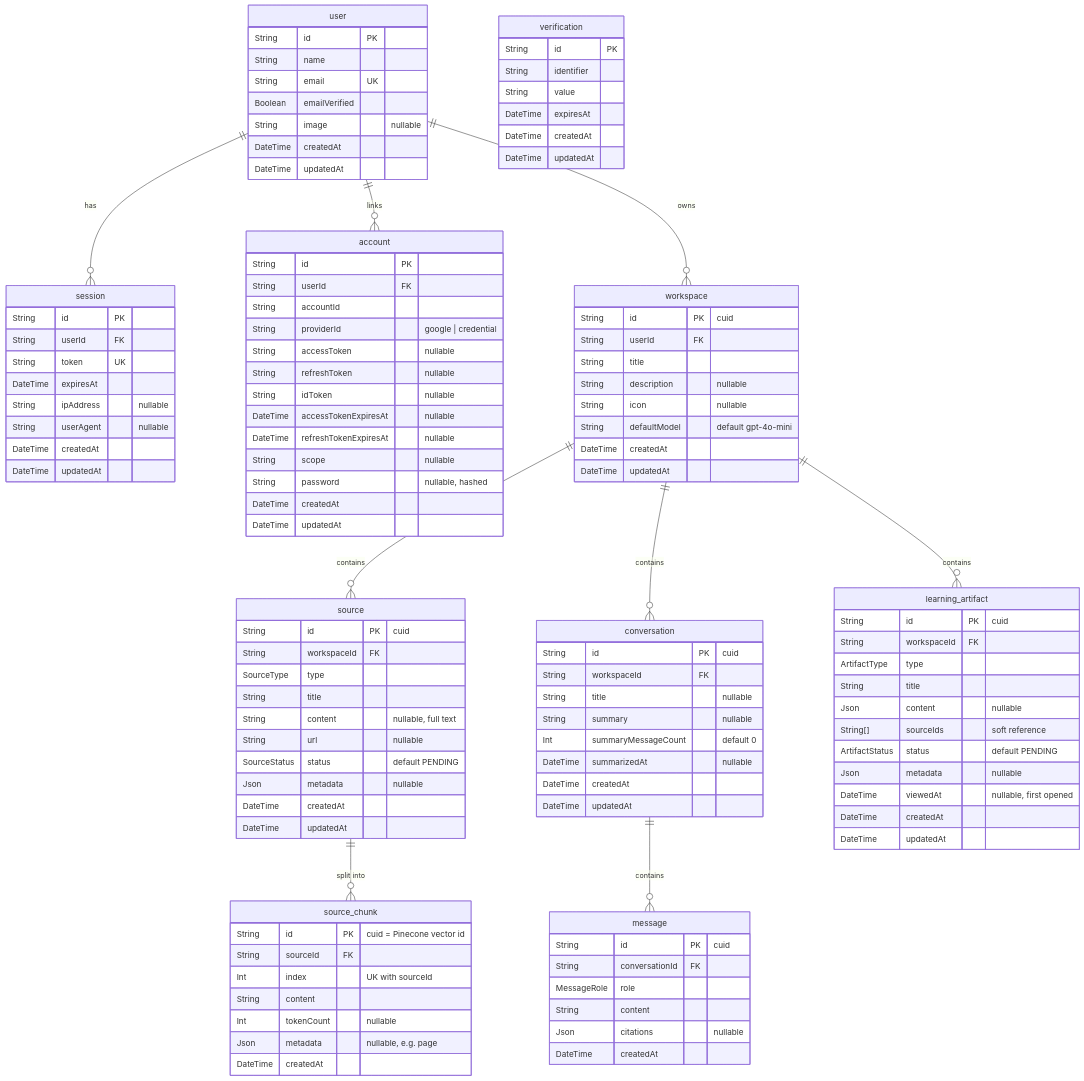
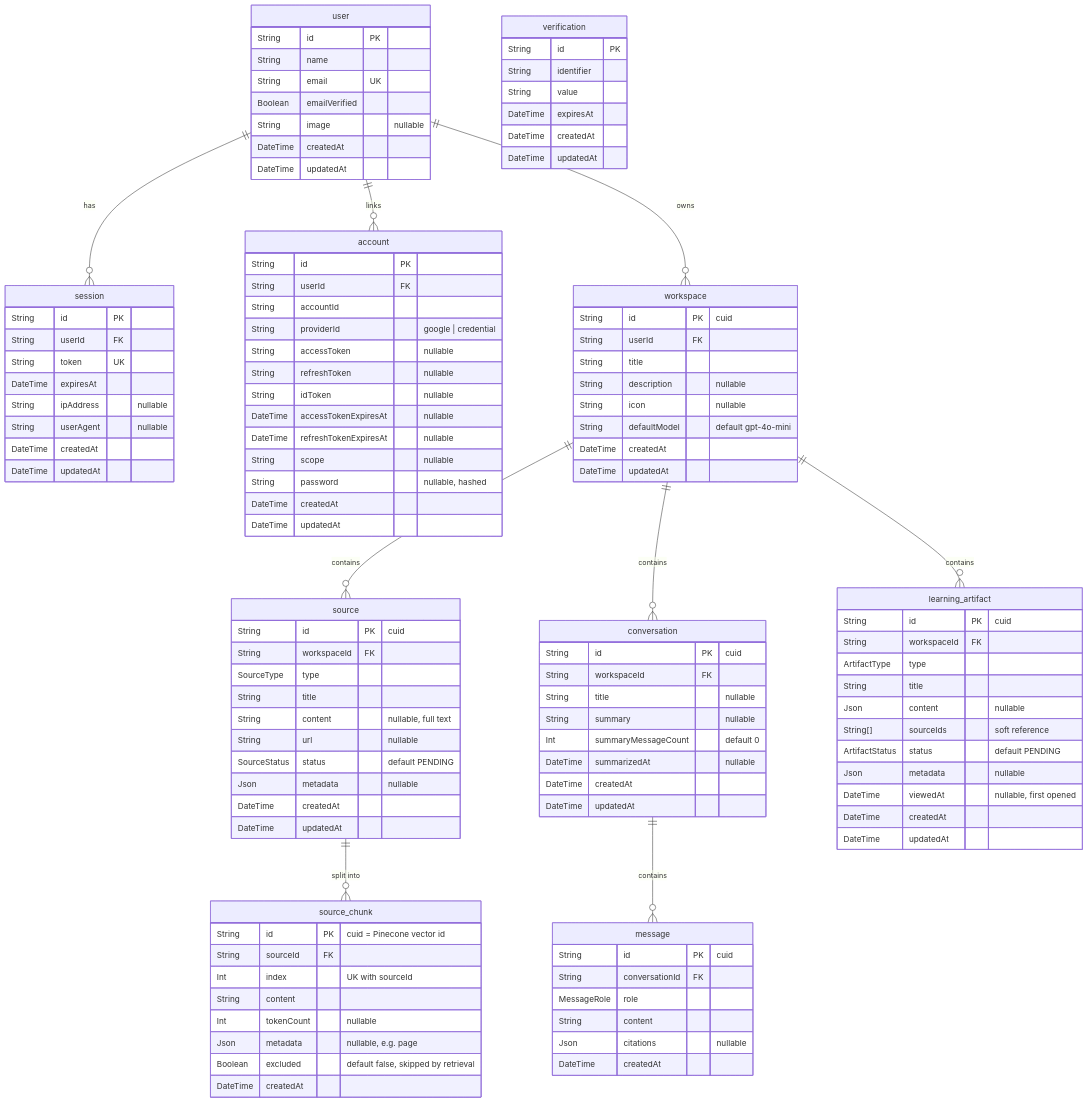
One commit to mohammedsaif001/grounded-brain-notebook-llm changed the second of 6 diagrams in docs/DATABASE.md. Above: the diagram before and after it, drawn with Mermaid. The commit also changed other lines of this file, not shown here.

Commit message:
docs(database): document chunk excluded flag and artifact edit metadata

```diff
--- a/docs/DATABASE.md
+++ b/docs/DATABASE.md
@@ -144,6 +144,7 @@
         String content
         Int tokenCount "nullable"
         Json metadata "nullable, e.g. page"
+        Boolean excluded "default false, skipped by retrieval"
         DateTime createdAt
     }
     conversation {
```
